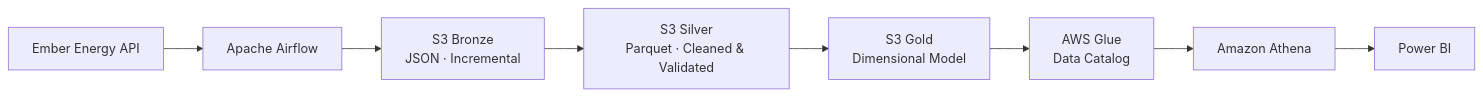
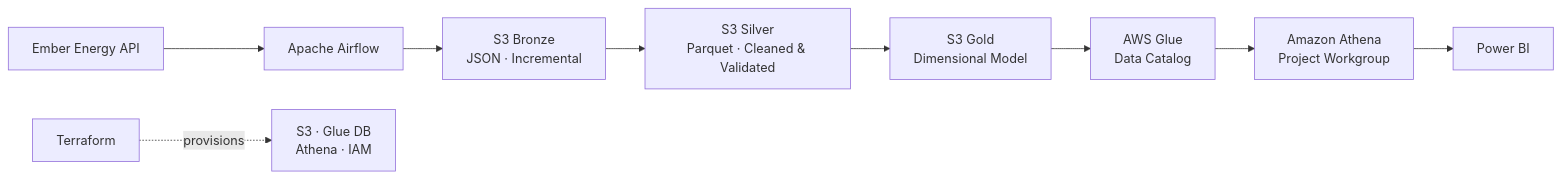
Before and after one commit to georgeballa7/EuropeanEnergyDataAnalytics: the diagram in README.md, drawn with Mermaid. The commit also changed other lines of this file, not shown here.

Commit message:
docs: surface Terraform and CI in project overview

````diff
--- a/README.md
+++ b/README.md
@@ -7,10 +7,12 @@
 ```mermaid
 flowchart LR
     API["Ember Energy API"] --> AF["Apache Airflow"]
     AF --> B["S3 Bronze<br/>JSON · Incremental"]
     B --> S["S3 Silver<br/>Parquet · Cleaned & Validated"]
     S --> G["S3 Gold<br/>Dimensional Model"]
     G --> GC["AWS Glue<br/>Data Catalog"]
-    GC --> AT["Amazon Athena"]
+    GC --> AT["Amazon Athena<br/>Project Workgroup"]
     AT --> BI["Power BI"]
+
+    TF["Terraform"] -. provisions .-> AWS["S3 · Glue DB<br/>Athena · IAM"]
 ```
````
